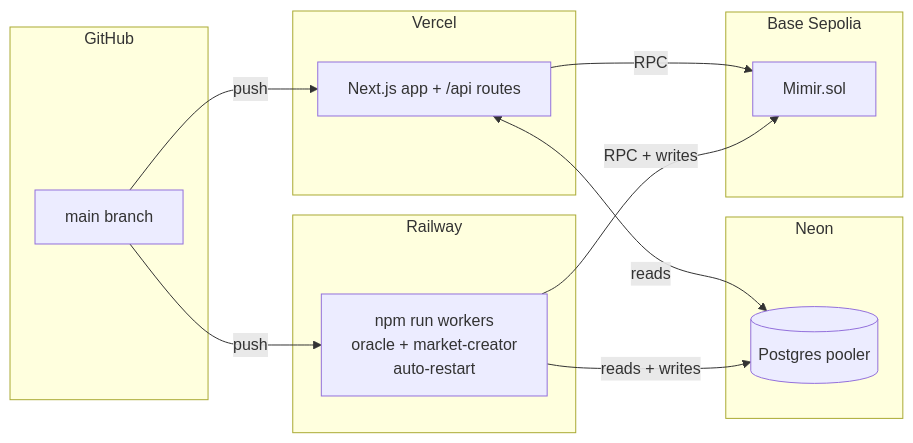
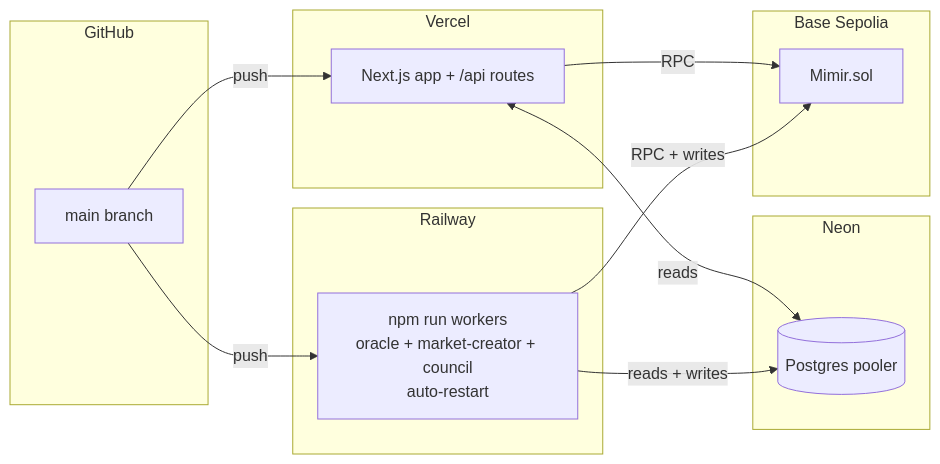
Before and after one commit to enliven17/mimir-base: diagram 14 of 14 in README.md, drawn with Mermaid. The commit also changed other lines of this file and 10 other files, not shown here.

````diff
--- a/README.md
+++ b/README.md
@@ -609,29 +863,29 @@
 ```mermaid
 flowchart LR
     subgraph github[GitHub]
         REPO[main branch]
     end
 
     subgraph vercel[Vercel]
         FE[Next.js app + /api routes]
     end
 
     subgraph railway[Railway]
-        WK[npm run workers<br/>oracle + market-creator<br/>auto-restart]
+        WK[npm run workers<br/>oracle + market-creator + council<br/>auto-restart]
     end
 
     subgraph neon[Neon]
         DB[(Postgres pooler)]
     end
 
     subgraph base[Base Sepolia]
         CT[Mimir.sol]
     end
 
     REPO -->|push| FE
     REPO -->|push| WK
     FE <-->|reads| DB
     WK -->|reads + writes| DB
     FE -->|RPC| CT
     WK -->|RPC + writes| CT
 ```
````
